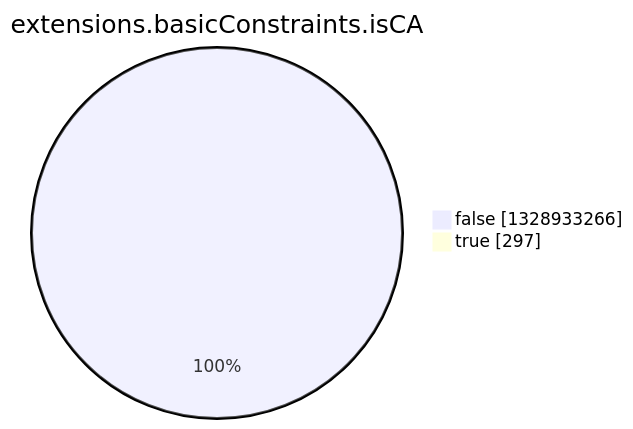
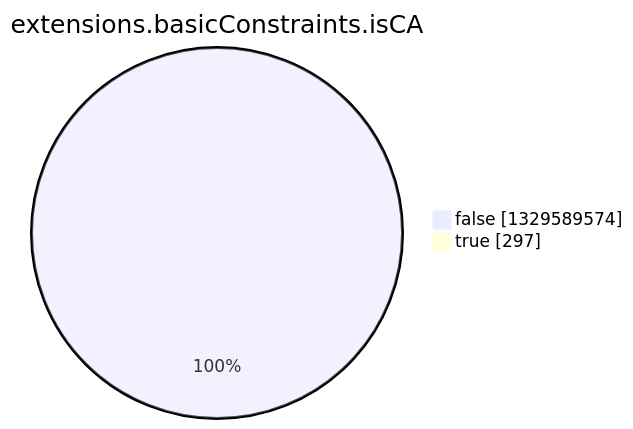
One commit to christiankrug/ctmonitor_visualization changed the eighth of 15 diagrams in argon2022/README.md. Above: the diagram before and after it, drawn with Mermaid. The commit also changed other lines of this file, not shown here.

````diff
--- a/argon2022/README.md
+++ b/argon2022/README.md
@@ -2758,6 +2758,6 @@
 ```mermaid
 pie showData
 title extensions.basicConstraints.isCA
-"false" :1328933266
+"false" :1329589574
 "true" :297
 ```
````
